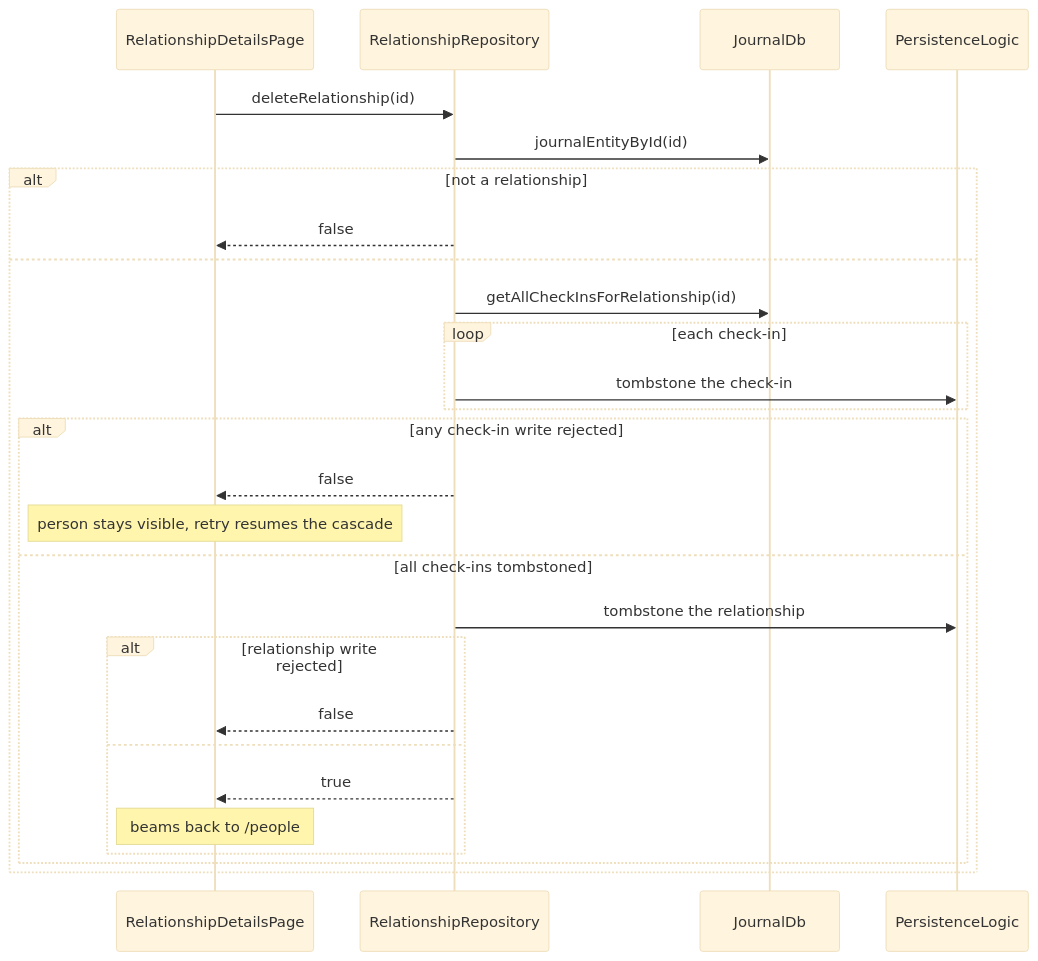
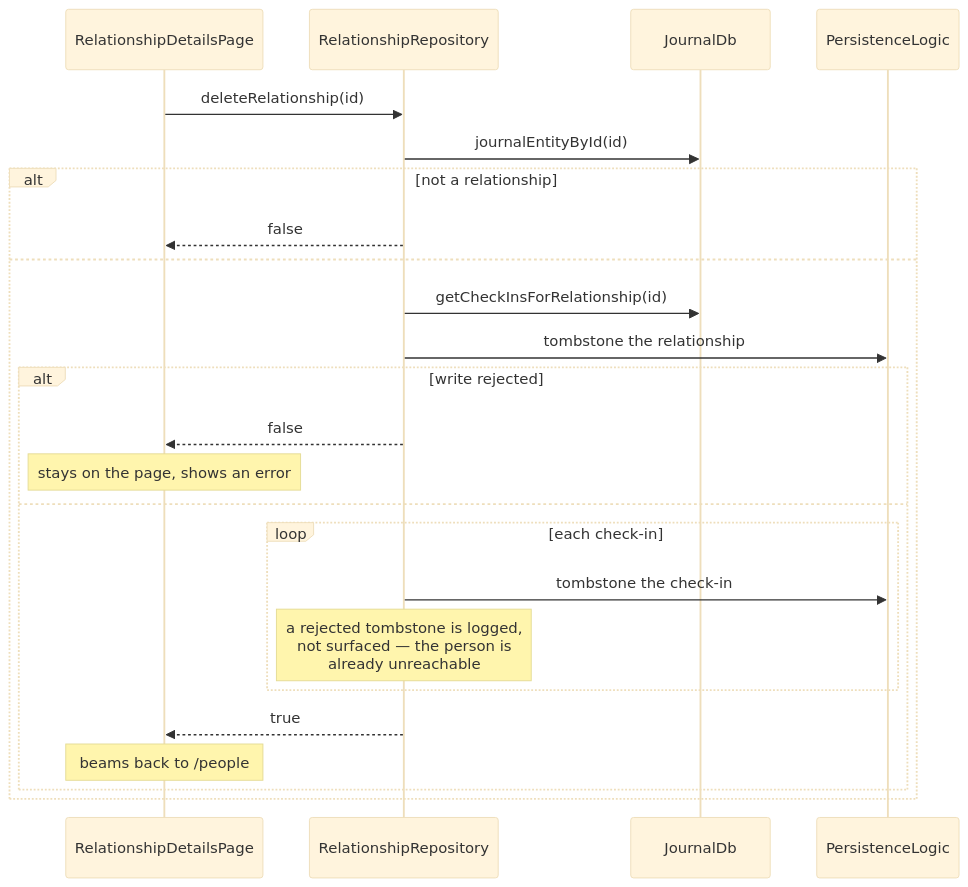
One commit to matthiasn/lotti changed the second of 2 diagrams in knowledge/features/relationships.md. Above: the diagram before and after it, drawn with Mermaid (base theme). The commit also changed other lines of this file and 17 other files, not shown here.

````diff
--- a/knowledge/features/relationships.md
+++ b/knowledge/features/relationships.md
@@ -127,30 +127,27 @@
 ```mermaid
 sequenceDiagram
   participant UI as RelationshipDetailsPage
   participant R as RelationshipRepository
   participant DB as JournalDb
   participant P as PersistenceLogic
 
   UI->>R: deleteRelationship(id)
   R->>DB: journalEntityById(id)
   alt not a relationship
     R-->>UI: false
   else
-    R->>DB: getAllCheckInsForRelationship(id)
-    loop each check-in
-      R->>P: tombstone the check-in
-    end
-    alt any check-in write rejected
+    R->>DB: getCheckInsForRelationship(id)
+    R->>P: tombstone the relationship
+    alt write rejected
       R-->>UI: false
-      Note over UI: person stays visible, retry resumes the cascade
-    else all check-ins tombstoned
-      R->>P: tombstone the relationship
-      alt relationship write rejected
-        R-->>UI: false
-      else
-        R-->>UI: true
-        Note over UI: beams back to /people
+      Note over UI: stays on the page, shows an error
+    else
+      loop each check-in
+        R->>P: tombstone the check-in
+        Note over R: a rejected tombstone is logged,<br/>not surfaced — the person is<br/>already unreachable
       end
+      R-->>UI: true
+      Note over UI: beams back to /people
     end
   end
 ```
````
